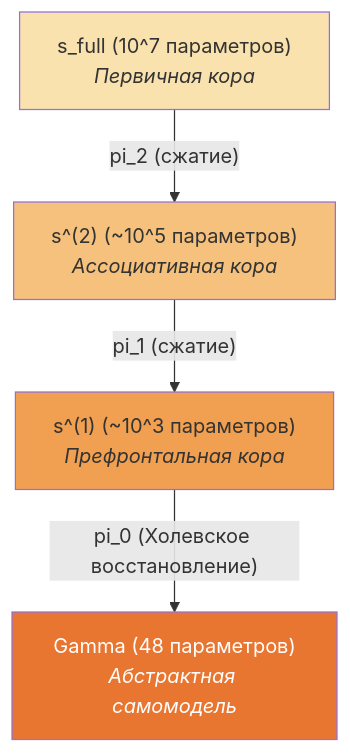
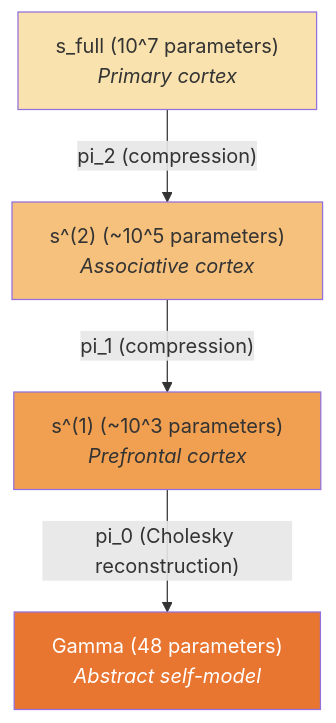
The first of 2 diagrams in website/docs/consciousness/hierarchy/depth-tower.md (gst-st/uhm), drawn with Mermaid before and after one commit. The commit also changed other lines of this file and 79 other files, not shown here.

````diff
--- a/website/docs/consciousness/hierarchy/depth-tower.md
+++ b/website/docs/consciousness/hierarchy/depth-tower.md
@@ -75,16 +75,16 @@
 ```mermaid
 graph TD
-    S_full["s_full (10^7 параметров)<br/><i>Первичная кора</i>"]
-    S2["s^(2) (~10^5 параметров)<br/><i>Ассоциативная кора</i>"]
-    S1["s^(1) (~10^3 параметров)<br/><i>Префронтальная кора</i>"]
-    Gamma["Gamma (48 параметров)<br/><i>Абстрактная самомодель</i>"]
+    S_full["s_full (10^7 parameters)<br/><i>Primary cortex</i>"]
+    S2["s^(2) (~10^5 parameters)<br/><i>Associative cortex</i>"]
+    S1["s^(1) (~10^3 parameters)<br/><i>Prefrontal cortex</i>"]
+    Gamma["Gamma (48 parameters)<br/><i>Abstract self-model</i>"]
 
-    S_full -->|"pi_2 (сжатие)"| S2
-    S2 -->|"pi_1 (сжатие)"| S1
-    S1 -->|"pi_0 (Холевское восстановление)"| Gamma
+    S_full -->|"pi_2 (compression)"| S2
+    S2 -->|"pi_1 (compression)"| S1
+    S1 -->|"pi_0 (Cholesky reconstruction)"| Gamma
 
     style S_full fill:#f9e2ae
     style S2 fill:#f5c17d
     style S1 fill:#f0a050
     style Gamma fill:#e87530,color:#fff
 ```
````
